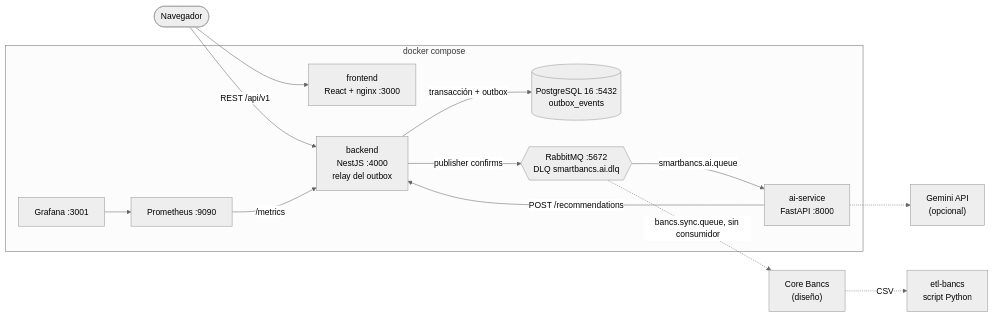
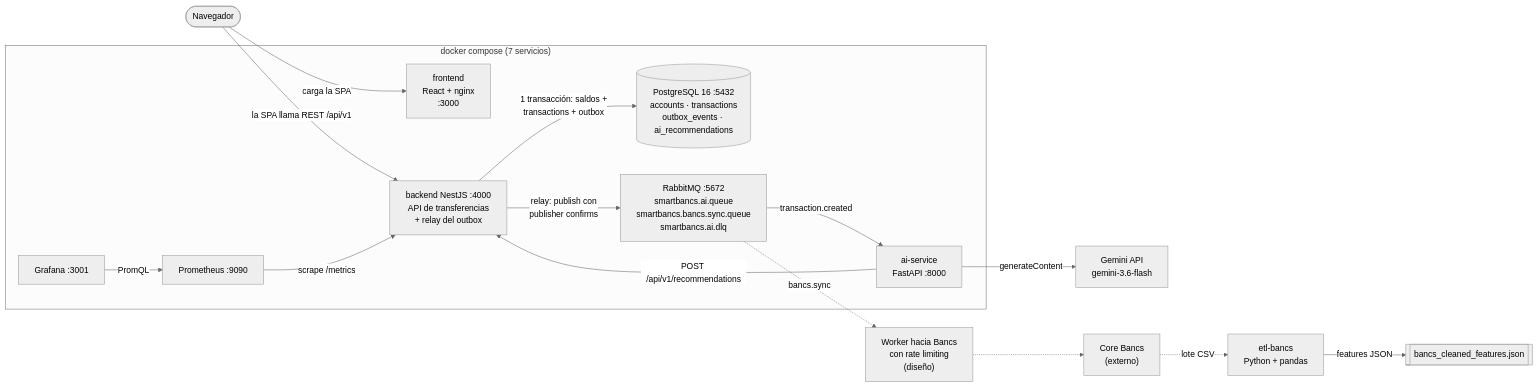
Before and after one commit to kjramos5310/NextGEN_Ramos: the diagram in README.md, drawn with Mermaid (neutral theme). The commit also changed other lines of this file and 1 other file, not shown here.

Commit message:
docs: diagrama de arquitectura del README mas claro
La SPA llama a la API, el worker hacia Bancs aparece como diseño en lugar de
una flecha directa desde RabbitMQ, y se muestra la salida del ETL.

````diff
--- a/README.md
+++ b/README.md
@@ -15,28 +15,33 @@
 ```mermaid
 flowchart LR
     user(["Navegador"])
-    subgraph compose["docker compose"]
-        fe["frontend<br/>React + nginx :3000"]
-        be["backend<br/>NestJS :4000<br/>relay del outbox"]
-        pg[("PostgreSQL 16 :5432<br/>outbox_events")]
-        mq{{"RabbitMQ :5672<br/>DLQ smartbancs.ai.dlq"}}
+
+    subgraph compose["docker compose (7 servicios)"]
+        fe["frontend<br/>React + nginx<br/>:3000"]
+        be["backend NestJS :4000<br/>API de transferencias<br/>+ relay del outbox"]
+        pg[("PostgreSQL 16 :5432<br/>accounts · transactions<br/>outbox_events · ai_recommendations")]
+        mq["RabbitMQ :5672<br/>smartbancs.ai.queue<br/>smartbancs.bancs.sync.queue<br/>smartbancs.ai.dlq"]
         ai["ai-service<br/>FastAPI :8000"]
         prom["Prometheus :9090"]
         graf["Grafana :3001"]
     end
-    gem["Gemini API<br/>(opcional)"]
-    bancs["Core Bancs<br/>(diseño)"]
-    etl["etl-bancs<br/>script Python"]
 
-    user --> fe
-    user -->|"REST /api/v1"| be
-    be -->|"transacción + outbox"| pg
-    be -->|"publisher confirms"| mq
-    mq -->|"smartbancs.ai.queue"| ai
-    ai -->|"POST /recommendations"| be
-    ai -.-> gem
-    prom -->|"/metrics"| be
-    graf --> prom
-    mq -.->|"bancs.sync.queue, sin consumidor"| bancs
-    bancs -.->|"CSV"| etl
+    gem["Gemini API<br/>gemini-3.6-flash"]
+    worker["Worker hacia Bancs<br/>con rate limiting<br/>(diseño)"]
+    bancs["Core Bancs<br/>(externo)"]
+    etl["etl-bancs<br/>Python + pandas"]
+
+    user -->|"carga la SPA"| fe
+    user -->|"la SPA llama REST /api/v1"| be
+    be -->|"1 transacción: saldos +<br/>transactions + outbox"| pg
+    be -->|"relay: publish con<br/>publisher confirms"| mq
+    mq -->|"transaction.created"| ai
+    ai -->|"generateContent"| gem
+    ai -->|"POST /api/v1/recommendations"| be
+    mq -.->|"bancs.sync"| worker
+    worker -.-> bancs
+    bancs -.->|"lote CSV"| etl
+    etl -->|"features JSON"| etlout[["bancs_cleaned_features.json"]]
+    prom -->|"scrape /metrics"| be
+    graf -->|"PromQL"| prom
 ```
````
